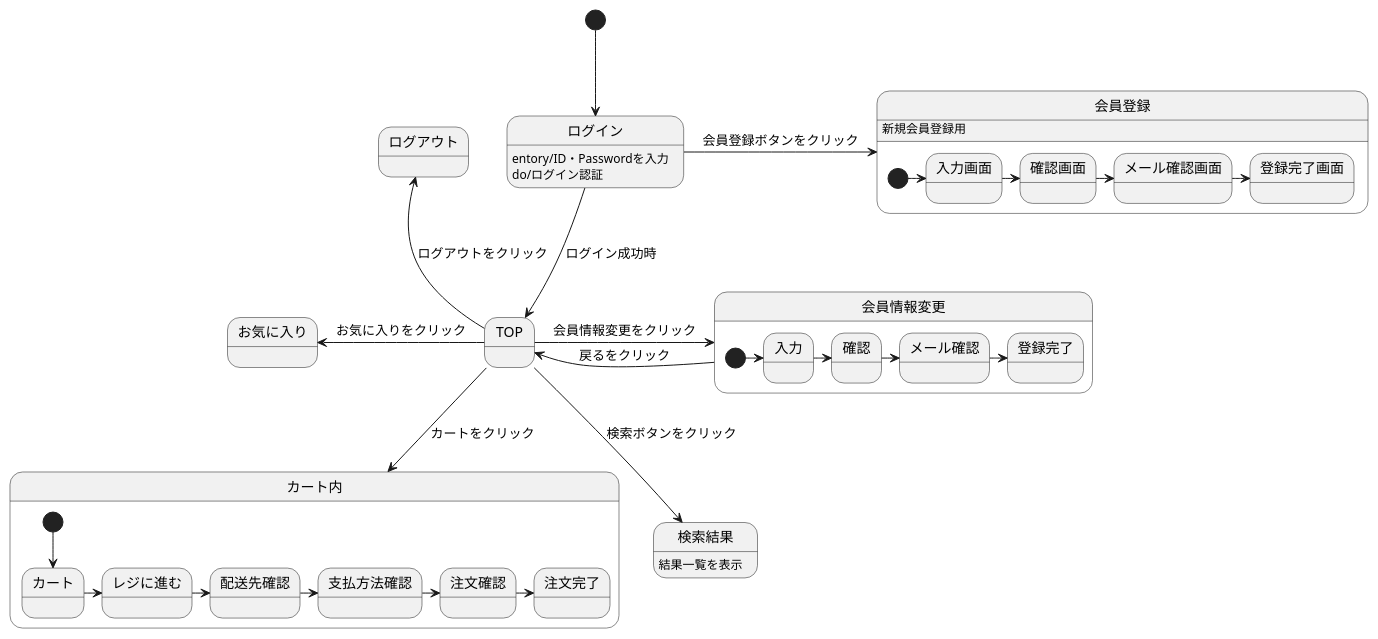
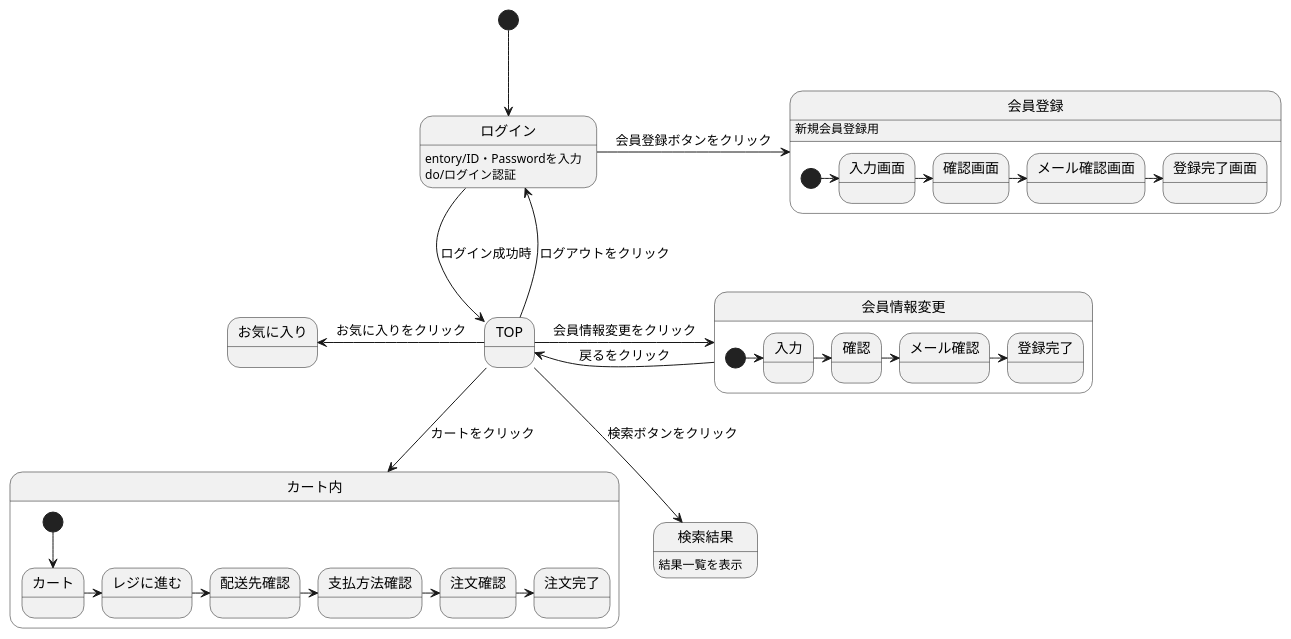
One commit to Aso2101121/2021sys-design-2 changed the diagram in チーム開発/画面遷移.md. Above: the diagram before and after it, drawn with PlantUML.

````diff
--- a/チーム開発/画面遷移.md
+++ b/チーム開発/画面遷移.md
@@ -1,42 +1,42 @@
 ```uml
 @startuml
 [*]      -down->   ログイン 
 ログイン  -down->   TOP: ログイン成功時
 ログイン: entory/ID・Passwordを入力
 ログイン: do/ログイン認証
 ログイン  -right->   会員登録: 会員登録ボタンをクリック
 会員登録: 新規会員登録用
 TOP      -right->   会員情報変更: 会員情報変更をクリック
 会員情報変更  ->    TOP: 戻るをクリック
 TOP       -down->  カート内: カートをクリック
-TOP       -up->    ログアウト: ログアウトをクリック
+TOP       -up->    ログイン: ログアウトをクリック
 TOP       -left->  お気に入り: お気に入りをクリック
 TOP      -down->   検索結果: 検索ボタンをクリック
 検索結果: 結果一覧を表示
 
 
 state 会員登録{
  [*]     ->  入力画面
  入力画面     ->  確認画面
  確認画面    ->  メール確認画面
  メール確認画面 -> 登録完了画面
 }
 
 state 会員情報変更{
  [*]     ->  入力
  入力     ->  確認
  確認     ->  メール確認
  メール確認 -> 登録完了
 }
 
 state カート内{
  [*]    -->    カート
  カート  ->    レジに進む
  レジに進む  ->  配送先確認
  配送先確認 ->   支払方法確認
  支払方法確認 -> 注文確認
  注文確認 ->  注文完了
 }
 
 @enduml
 ```
````
